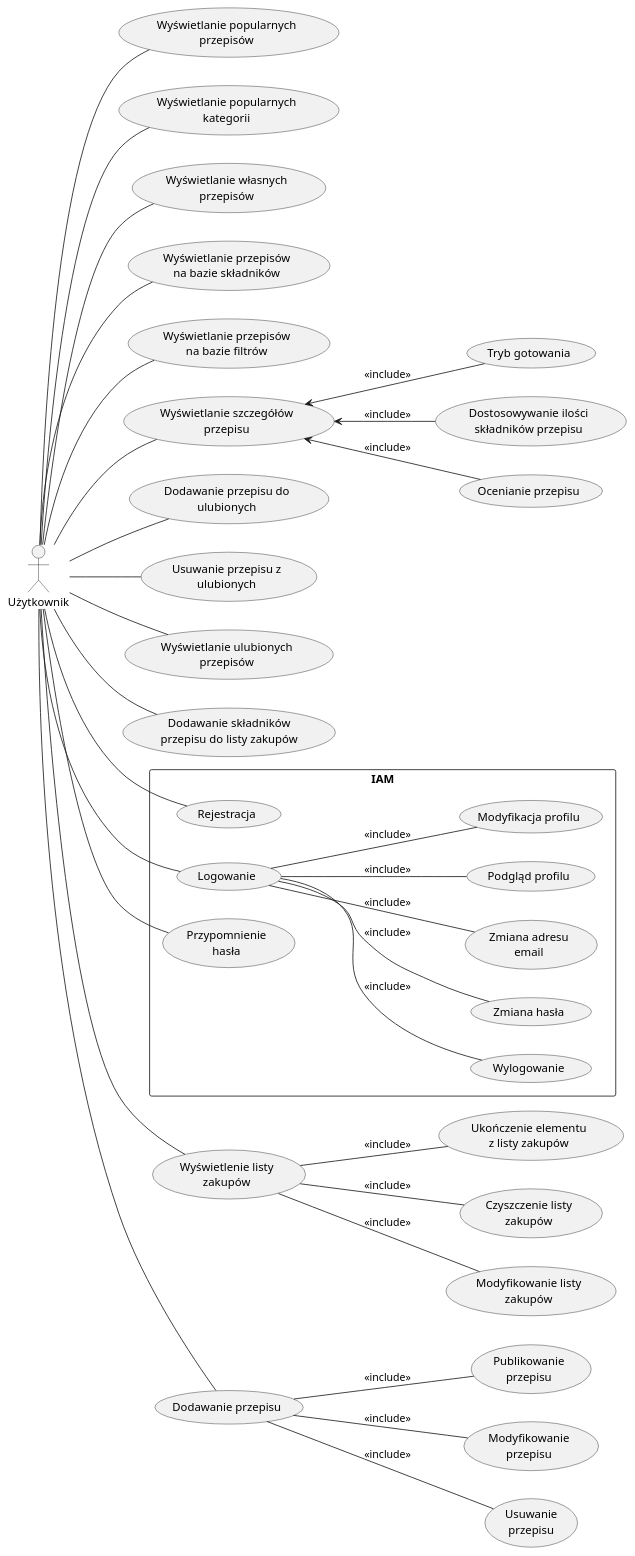
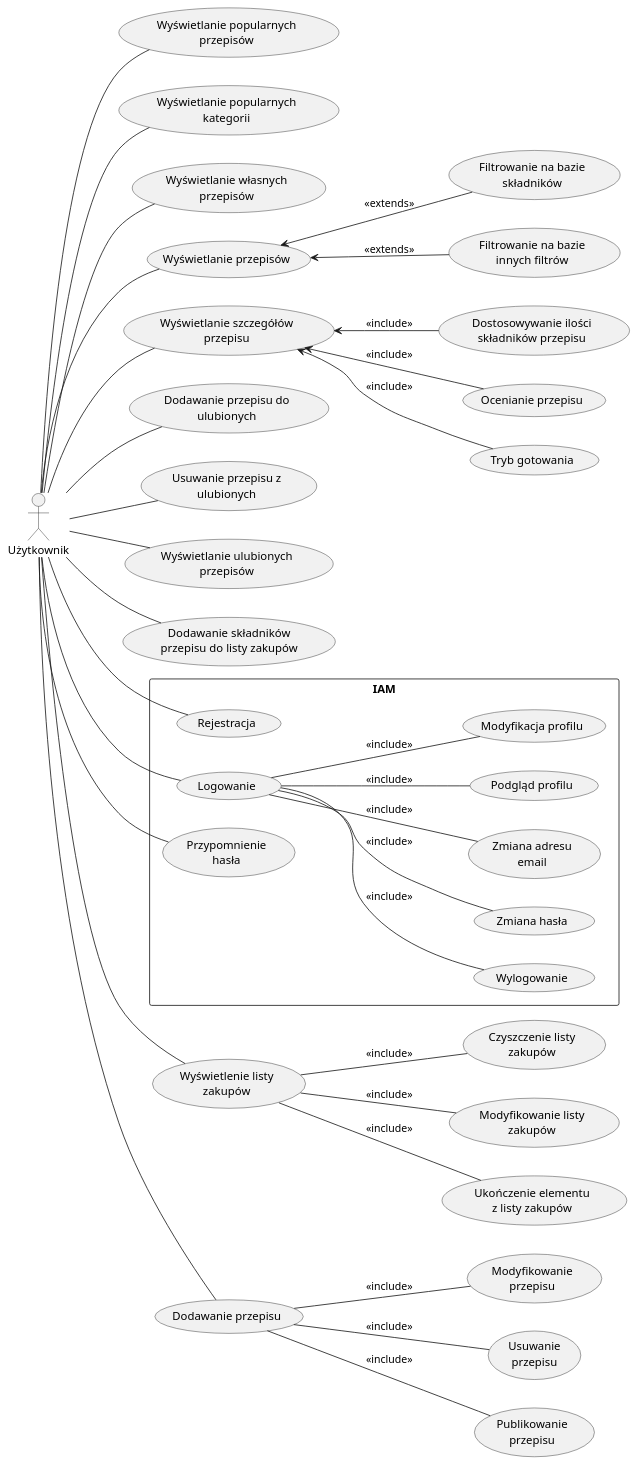
One commit to oskarski/inzynierka changed the diagram in docs/use-case.puml. Above: the diagram before and after it, drawn with PlantUML.

Commit message:
fixed recipes listing use case

```diff
--- a/docs/use-case.puml
+++ b/docs/use-case.puml
@@ -1,79 +1,82 @@
 @startuml
 left to right direction
 
 actor "Użytkownik" as user
 
 rectangle IAM {
     usecase "Rejestracja" as iam_register
     usecase "Logowanie" as iam_login
     usecase "Przypomnienie\nhasła" as iam_forgot_password
     usecase "Wylogowanie" as iam_logout
     usecase "Zmiana hasła" as iam_password_change
     usecase "Zmiana adresu\nemail" as iam_email_change
     usecase "Podgląd profilu" as iam_me_details
     usecase "Modyfikacja profilu" as iam_me_edit
 }
 
 usecase "Wyświetlanie popularnych\nprzepisów" as home_popular_recipes
 usecase "Wyświetlanie popularnych\nkategorii" as home_popular_categories
 usecase "Wyświetlanie własnych\nprzepisów" as home_my_recipes
 
-usecase "Wyświetlanie przepisów\nna bazie składników" as recipes_by_ingredients
-usecase "Wyświetlanie przepisów\nna bazie filtrów" as recipes_by_filters
+usecase "Wyświetlanie przepisów" as recipes
+usecase "Filtrowanie na bazie\nskładników" as filter_recipes_by_ingredients
+usecase "Filtrowanie na bazie\ninnych filtrów" as filter_recipes_by_filters
 
 usecase "Wyświetlanie szczegółów\nprzepisu" as recipe_details
 usecase "Dostosowywanie ilości\nskładników przepisu" as recipe_details_adjust_quantity
 usecase "Ocenianie przepisu" as recipe_details_rate
 usecase "Tryb gotowania" as recipe_details_cooking_mode
 
 usecase "Dodawanie przepisu do\nulubionych" as add_recipe_to_favourite
 usecase "Usuwanie przepisu z\nulubionych" as remove_recipe_from_favourite
 usecase "Wyświetlanie ulubionych\nprzepisów" as favourite_recipes
 
 usecase "Dodawanie składników\nprzepisu do listy zakupów" as add_recipe_ingredients_to_shopping_list
 usecase "Wyświetlenie listy\nzakupów" as shopping_list
 usecase "Czyszczenie listy\nzakupów" as shopping_list_clear
 usecase "Modyfikowanie listy\nzakupów" as shopping_list_edit
 usecase "Ukończenie elementu\nz listy zakupów" as shopping_list_complete
 
 usecase "Dodawanie przepisu" as add_recipe
 usecase "Modyfikowanie\nprzepisu" as edit_recipe
 usecase "Usuwanie\nprzepisu" as delete_recipe
 usecase "Publikowanie\nprzepisu" as publish_recipe
 
 user -- iam_register
 user -- iam_login
 user -- iam_forgot_password
 iam_login -- iam_logout : <<include>>
 iam_login -- iam_password_change : <<include>>
 iam_login -- iam_email_change : <<include>>
 iam_login -- iam_me_details : <<include>>
 iam_login -- iam_me_edit : <<include>>
 
 user -- home_popular_recipes
 user -- home_popular_categories
 user -- home_my_recipes
 
-user -- recipes_by_ingredients
-user -- recipes_by_filters
+user -- recipes
+recipes <-- filter_recipes_by_ingredients : <<extends>>
+recipes <-- filter_recipes_by_filters  : <<extends>>
+
 
 user -- recipe_details
 recipe_details <-- recipe_details_adjust_quantity : <<include>>
 recipe_details <-- recipe_details_rate : <<include>>
 recipe_details <-- recipe_details_cooking_mode : <<include>>
 
 user -- add_recipe_to_favourite
 user -- remove_recipe_from_favourite
 user -- favourite_recipes
 
 user -- add_recipe_ingredients_to_shopping_list
 user -- shopping_list
 shopping_list -- shopping_list_clear : <<include>>
 shopping_list -- shopping_list_edit : <<include>>
 shopping_list -- shopping_list_complete : <<include>>
 
 user -- add_recipe
 add_recipe -- publish_recipe : <<include>>
 add_recipe -- edit_recipe : <<include>>
 add_recipe -- delete_recipe : <<include>>
 @enduml
```
